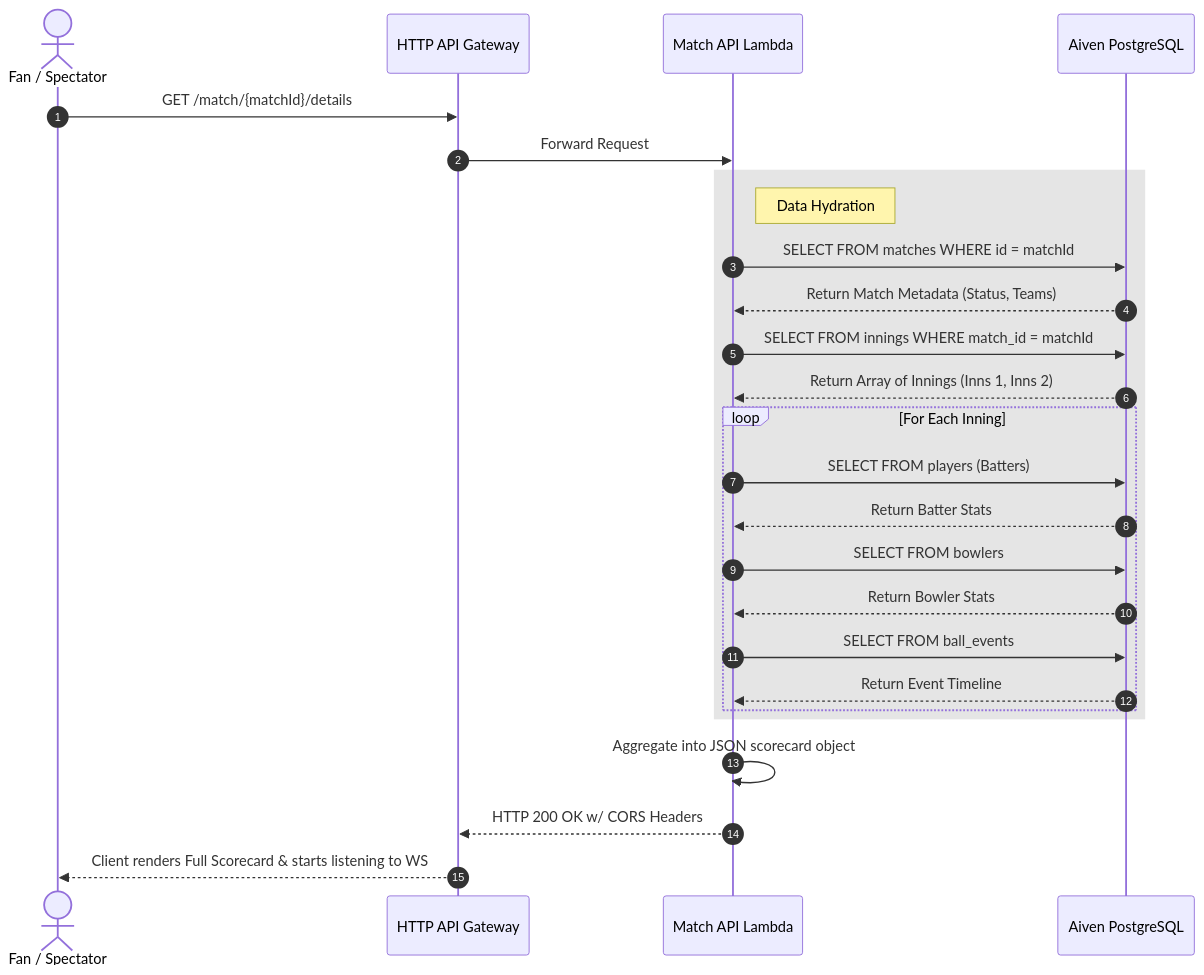
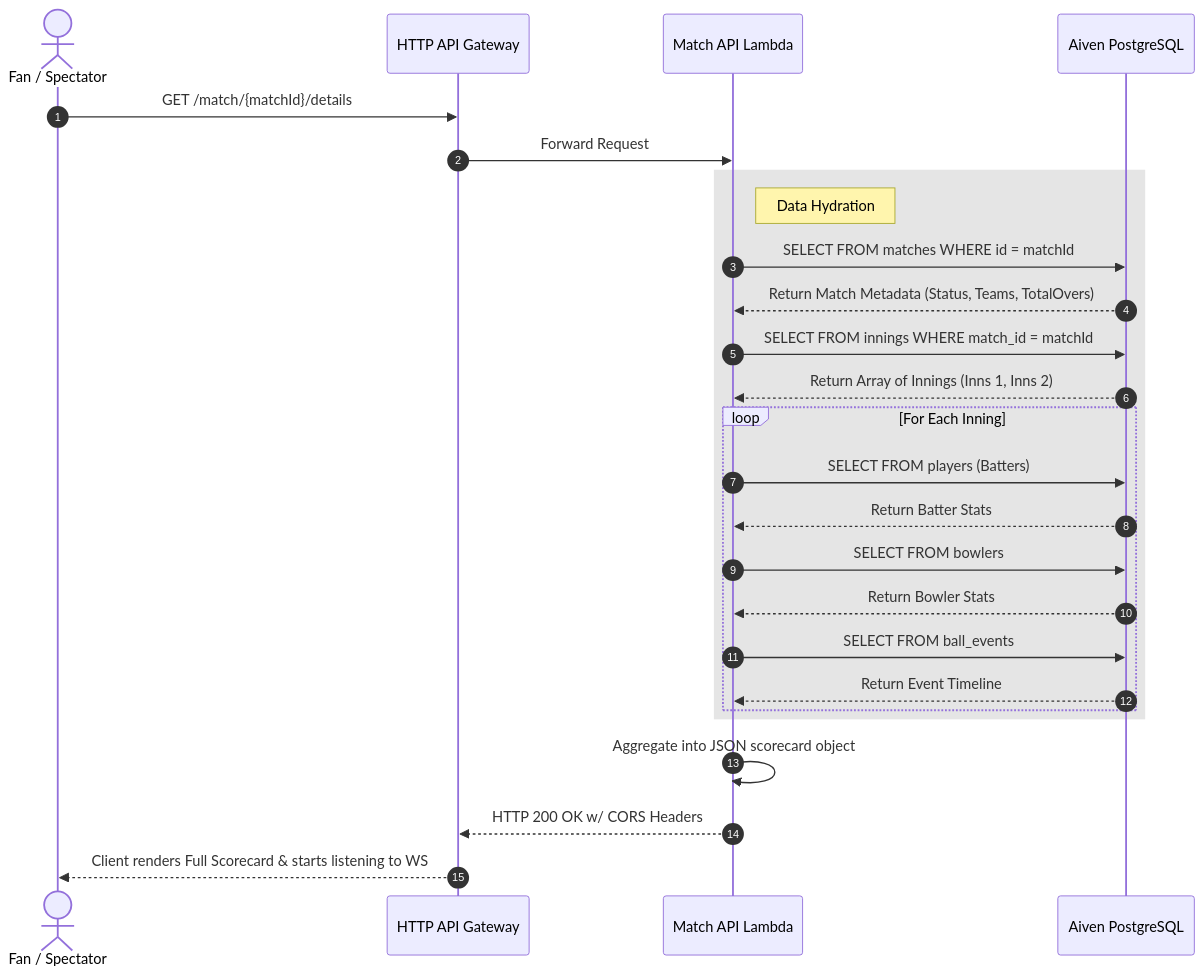
One commit to venkatesh-singamsetty/cric-score changed the second of 3 diagrams in docs/architecture_diagrams.md. Above: the diagram before and after it, drawn with Mermaid. The commit also changed other lines of this file, not shown here.

Commit message:
docs: add overs sync flow to architecture diagrams

````diff
--- a/docs/architecture_diagrams.md
+++ b/docs/architecture_diagrams.md
@@ -55,39 +56,39 @@
 ```mermaid
 sequenceDiagram
     autonumber
     
     actor Viewer as Fan / Spectator
     participant APIGW_HTTP as HTTP API Gateway
     participant Lambda_Match as Match API Lambda
     participant Aiven_PG as Aiven PostgreSQL
     
     Viewer->>APIGW_HTTP: GET /match/{matchId}/details
     
     %% Preflight Options (CORS) check automatically handled mapping by Gateway 
     APIGW_HTTP->>Lambda_Match: Forward Request
     
     rect rgb(0, 0, 0, 0.1)
         Note right of Lambda_Match: Data Hydration
         
         Lambda_Match->>Aiven_PG: SELECT FROM matches WHERE id = matchId
-        Aiven_PG-->>Lambda_Match: Return Match Metadata (Status, Teams)
+        Aiven_PG-->>Lambda_Match: Return Match Metadata (Status, Teams, TotalOvers)
         
         Lambda_Match->>Aiven_PG: SELECT FROM innings WHERE match_id = matchId
         Aiven_PG-->>Lambda_Match: Return Array of Innings (Inns 1, Inns 2)
         
         loop For Each Inning
             Lambda_Match->>Aiven_PG: SELECT FROM players (Batters)
             Aiven_PG-->>Lambda_Match: Return Batter Stats
             
             Lambda_Match->>Aiven_PG: SELECT FROM bowlers
             Aiven_PG-->>Lambda_Match: Return Bowler Stats
             
             Lambda_Match->>Aiven_PG: SELECT FROM ball_events
             Aiven_PG-->>Lambda_Match: Return Event Timeline
         end
     end
     
     Lambda_Match->>Lambda_Match: Aggregate into JSON scorecard object
     Lambda_Match-->>APIGW_HTTP: HTTP 200 OK w/ CORS Headers
     APIGW_HTTP-->>Viewer: Client renders Full Scorecard & starts listening to WS
 ```
````
